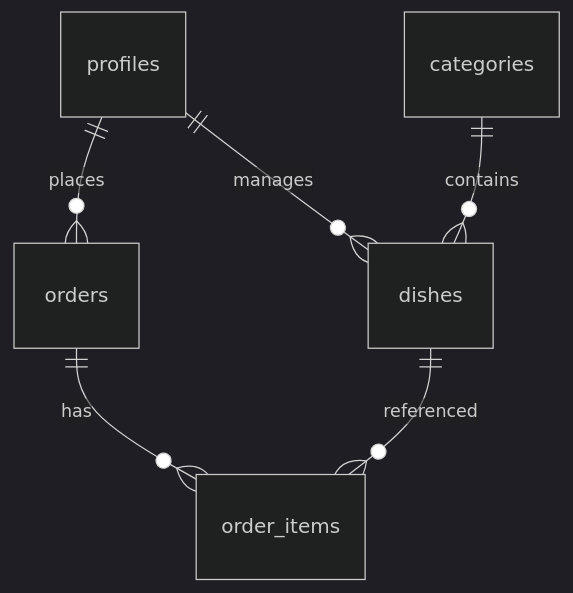
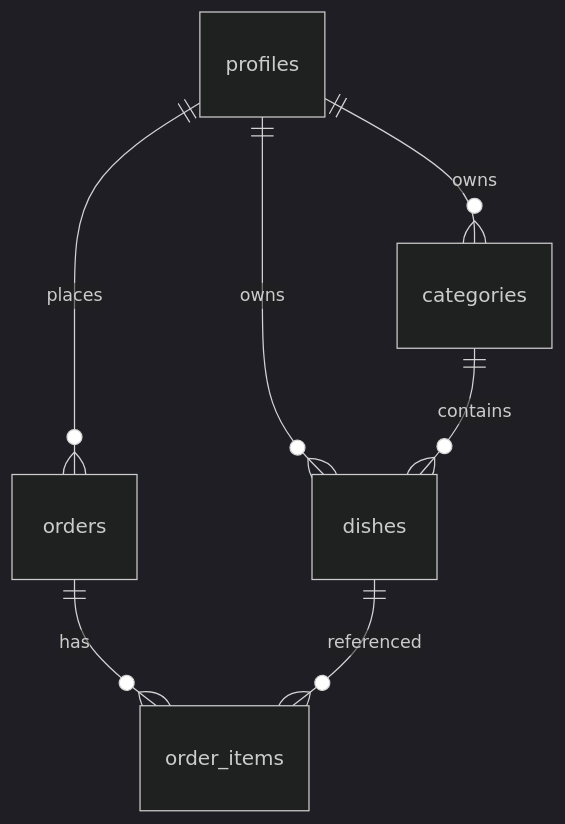
The diagram in docs/database-design.md (xujiongx/myMenu), drawn with Mermaid (dark theme) before and after one commit. The commit also changed other lines of this file and 29 other files, not shown here.

````diff
--- a/docs/database-design.md
+++ b/docs/database-design.md
@@ -18,8 +17,9 @@
 ```mermaid
 erDiagram
-  profiles ||--o{ dishes : manages
+  profiles ||--o{ categories : owns
+  profiles ||--o{ dishes : owns
   profiles ||--o{ orders : places
   categories ||--o{ dishes : contains
   orders ||--o{ order_items : has
   dishes ||--o{ order_items : referenced
 ```
````
